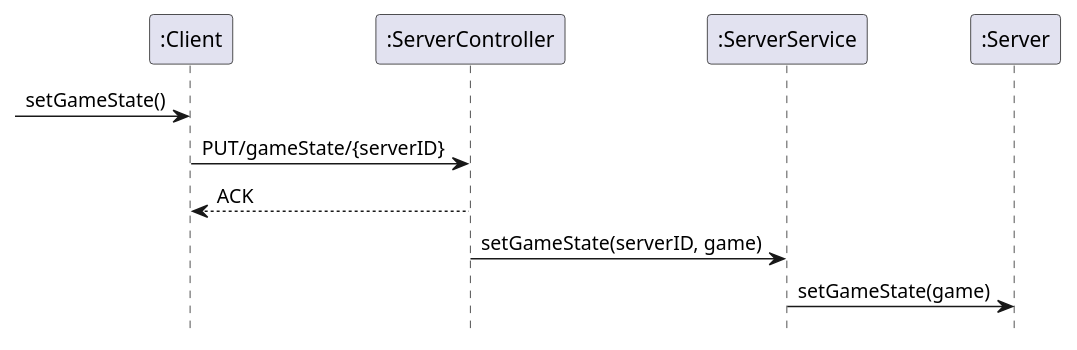
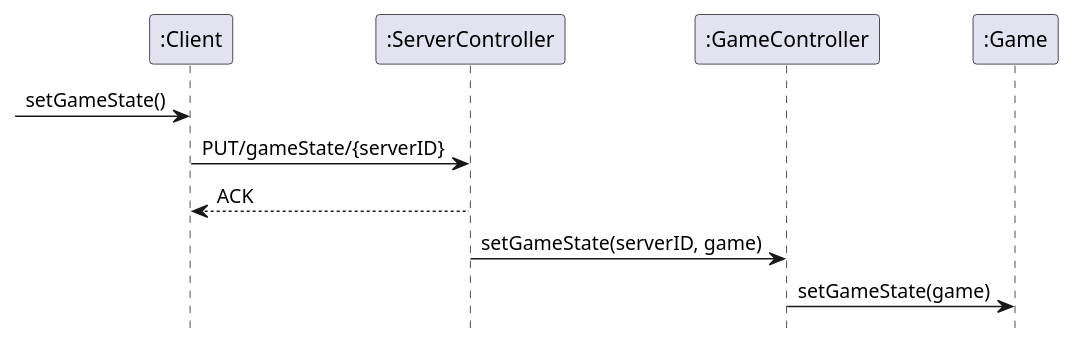
One commit to MikaelFangel/RoboRally changed the diagram in diagrams/Server SSD's/Update_Game.puml. Above: the diagram before and after it, drawn with PlantUML. The commit also changed 7 other files, not shown here.

```diff
--- a/diagrams/Server SSD's/Update_Game.puml
+++ b/diagrams/Server SSD's/Update_Game.puml
@@ -1,17 +1,17 @@
 @startuml
 'https://plantuml.com/sequence-diagram
 
 hide footbox
 
 Participant ":Client" as client
 Participant ":ServerController" as server
-Participant ":ServerService" as service
-participant ":Server" as game
+Participant ":GameController" as gameController
+participant ":Game" as game
 
 -> client : setGameState()
 client -> server : PUT/gameState/{serverID}
 client <-- server : ACK
-server -> service : setGameState(serverID, game)
-service -> game : setGameState(game)
+server -> gameController : setGameState(serverID, game)
+gameController -> game : setGameState(game)
 
 @enduml
```
